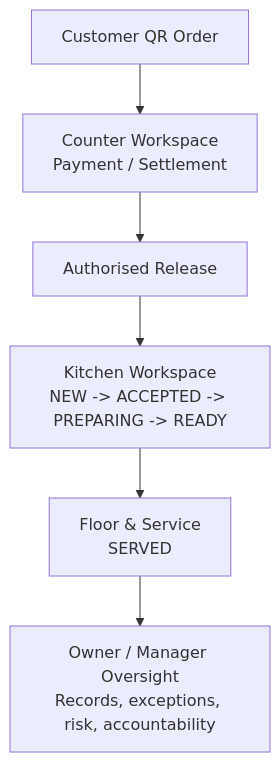
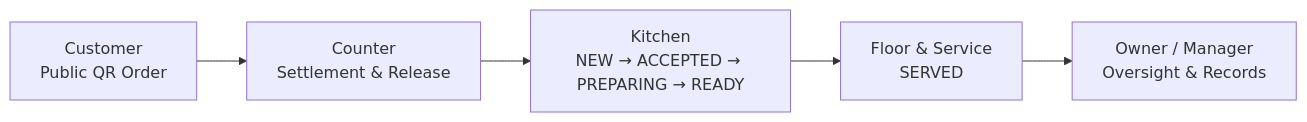
Before and after one commit to AbasSec/Flow: the first of 2 diagrams in README.md, drawn with Mermaid. The commit also changed other lines of this file, not shown here.

````diff
--- a/README.md
+++ b/README.md
@@ -59,8 +91,13 @@
 ```mermaid
-flowchart TD
-  A[Customer QR Order] --> B[Counter Workspace<br/>Payment / Settlement]
-  B --> C[Authorised Release]
-  C --> D[Kitchen Workspace<br/>NEW -> ACCEPTED -> PREPARING -> READY]
-  D --> E[Floor & Service<br/>SERVED]
-  E --> F[Owner / Manager Oversight<br/>Records, exceptions, risk, accountability]
+flowchart LR
+    A[Customer<br/>Public QR Order]
+    B[Counter<br/>Settlement & Release]
+    C[Kitchen<br/>NEW → ACCEPTED → PREPARING → READY]
+    D[Floor & Service<br/>SERVED]
+    E[Owner / Manager<br/>Oversight & Records]
+
+    A --> B
+    B --> C
+    C --> D
+    D --> E
 ```
````
